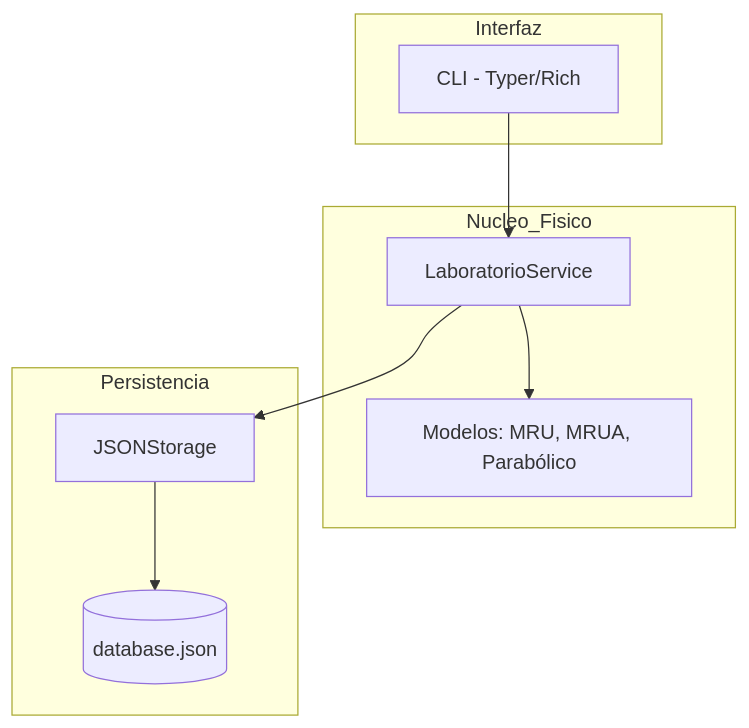
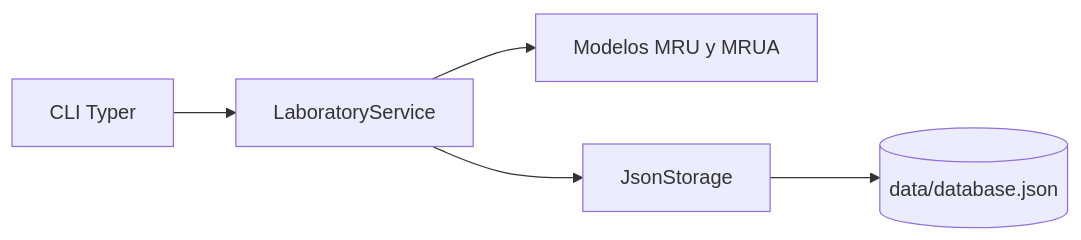
Before and after one commit to SamSof28/physilab-project: the diagram in docs/index.md, drawn with Mermaid. The commit also changed other lines of this file and 5 other files, not shown here.

Commit message:
Add comprehensive documentation for project architecture, getting started, CLI commands, persistence, and technical reference

````diff
--- a/docs/index.md
+++ b/docs/index.md
@@ -35,22 +33,13 @@
-``` mermaid
-graph TD
-    subgraph Interfaz
-        CLI[CLI - Typer/Rich]
-    end
+```mermaid
+flowchart LR
+    CLI[CLI Typer]
+    SVC[LaboratoryService]
+    MOD[Modelos MRU y MRUA]
+    STO[JsonStorage]
+    DB[(data/database.json)]
 
-    subgraph Nucleo_Fisico
-        Service[LaboratorioService]
-        Model[Modelos: MRU, MRUA, Parabólico]
-    end
-
-    subgraph Persistencia
-        Storage[JSONStorage]
-        DB[(database.json)]
-    end
-
-    CLI --> Service
-    Service --> Model
-    Service --> Storage
-    Storage --> DB
-
+    CLI --> SVC
+    SVC --> MOD
+    SVC --> STO
+    STO --> DB
 ```
````
